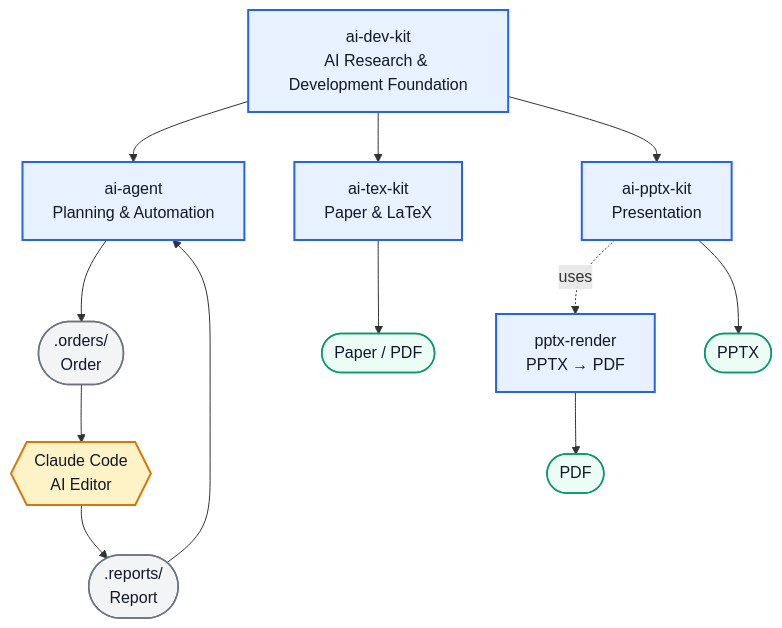
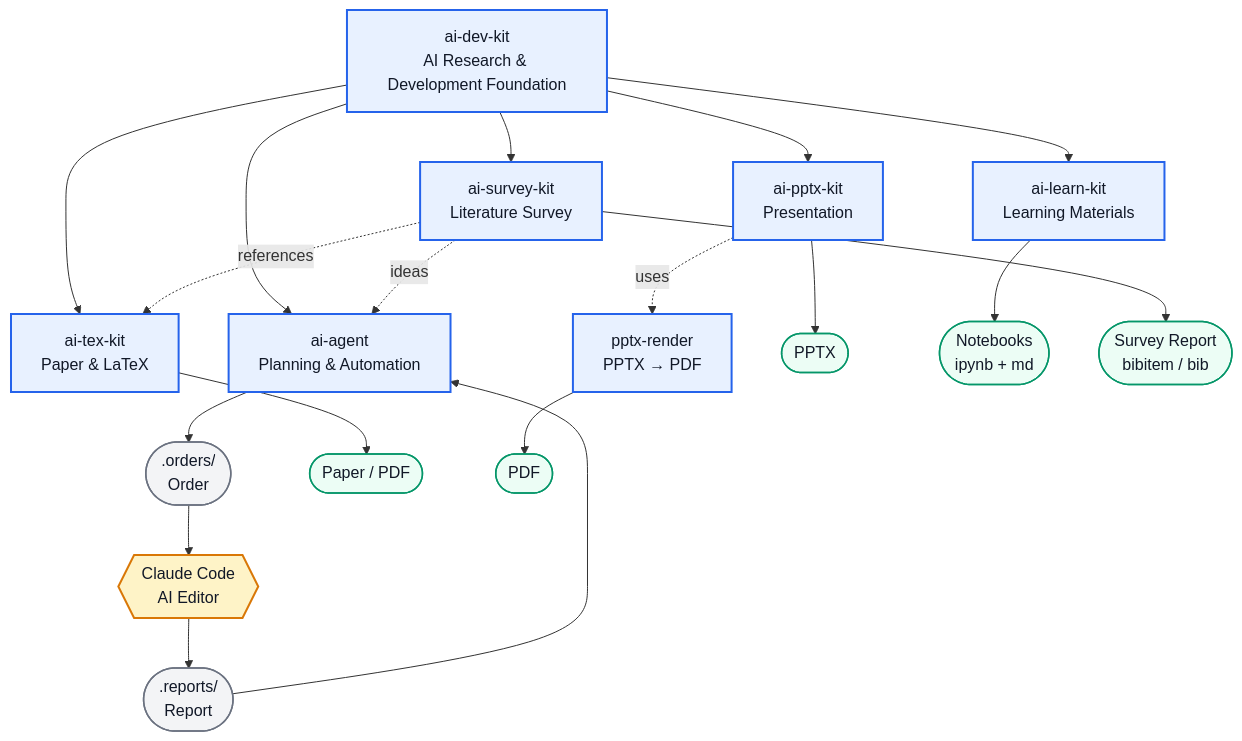
One commit to yryo1005/ai-dev-kit changed the first of 2 diagrams in README.md. Above: the diagram before and after it, drawn with Mermaid. The commit also changed other lines of this file and 4 other files, not shown here.

````diff
--- a/README.md
+++ b/README.md
@@ -6,40 +6,50 @@
 ```mermaid
 flowchart TB
     A["ai-dev-kit<br/>AI Research & Development Foundation"]
     B["ai-agent<br/>Planning & Automation"]
     C["ai-tex-kit<br/>Paper & LaTeX"]
     D["ai-pptx-kit<br/>Presentation"]
     E["pptx-render<br/>PPTX → PDF"]
+    L["ai-learn-kit<br/>Learning Materials"]
+    M["ai-survey-kit<br/>Literature Survey"]
 
     F([".orders/<br/>Order"])
     G([".reports/<br/>Report"])
     H{{"Claude Code<br/>AI Editor"}}
 
     I(["Paper / PDF"])
     J(["PPTX"])
     K(["PDF"])
+    N(["Notebooks<br/>ipynb + md"])
+    O(["Survey Report<br/>bibitem / bib"])
 
     A --> B
     A --> C
     A --> D
+    A --> L
+    A --> M
     D -. uses .-> E
+    M -. references .-> C
+    M -. ideas .-> B
 
     B --> F
     F --> H
     H --> G
     G --> B
 
     C --> I
     D --> J
     E --> K
+    L --> N
+    M --> O
 
     classDef repo fill:#e8f1ff,stroke:#2563eb,stroke-width:2px,color:#111827
     classDef state fill:#f3f4f6,stroke:#6b7280,stroke-width:1.5px,color:#111827
     classDef ai fill:#fef3c7,stroke:#d97706,stroke-width:2px,color:#111827
     classDef output fill:#ecfdf5,stroke:#059669,stroke-width:1.5px,color:#111827
 
-    class A,B,C,D,E repo
+    class A,B,C,D,E,L,M repo
     class F,G state
     class H ai
-    class I,J,K output
+    class I,J,K,N,O output
 ```
````
